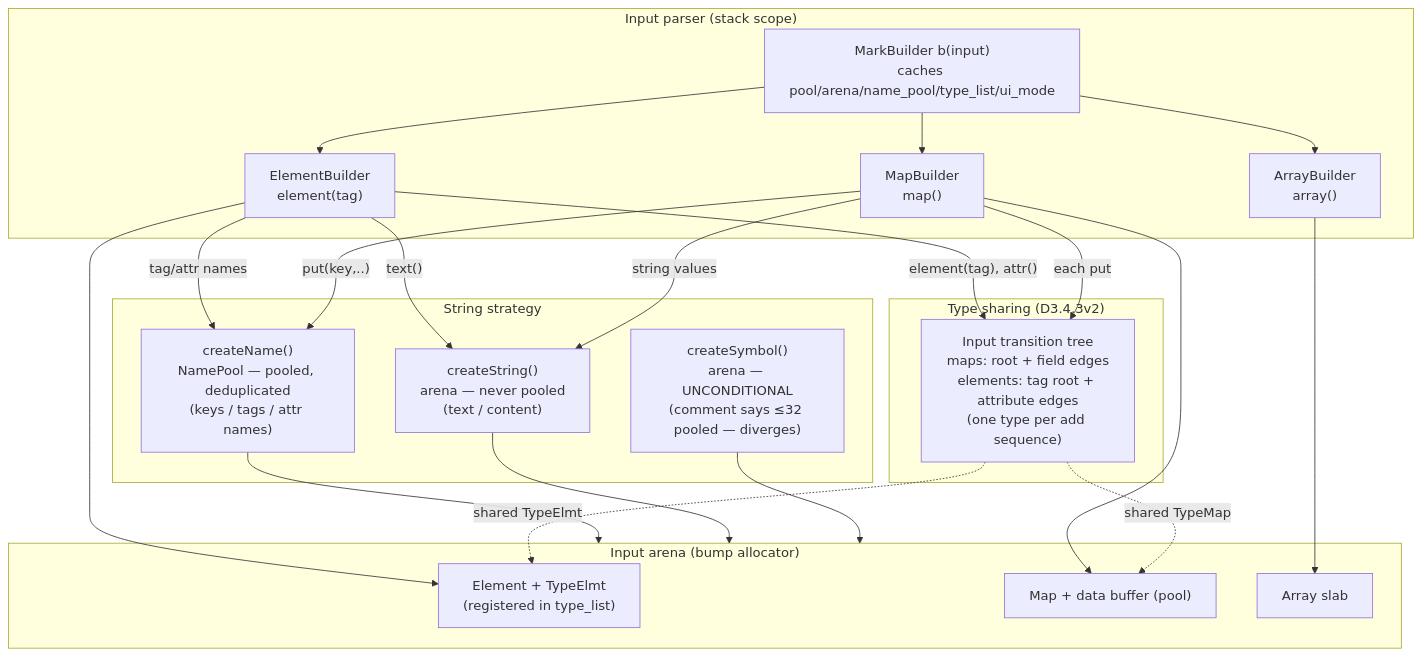
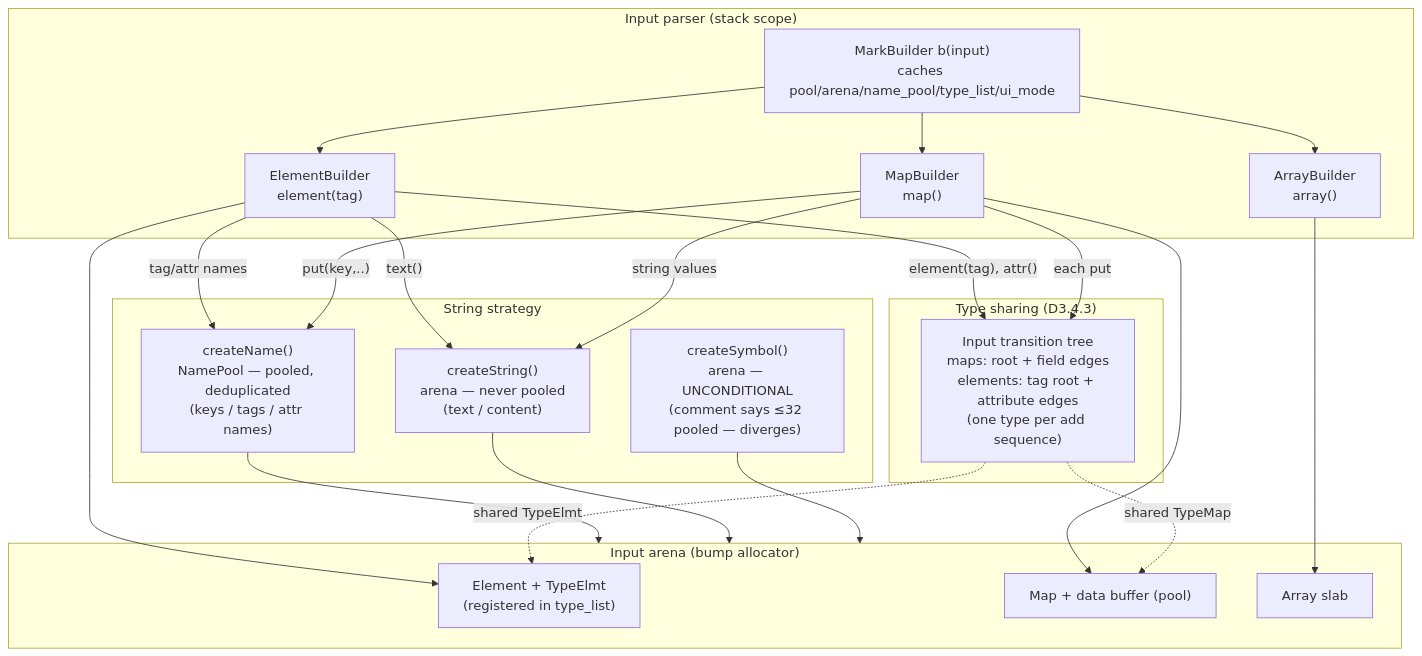
One commit to henry-luo/lambda changed the diagram in doc/dev/lambda/diagram/d11_mark_builder.mmd. Above: the diagram before and after it, drawn with Mermaid. The commit also changed 1872 other files, not shown here.

```diff
--- a/doc/dev/lambda/diagram/d11_mark_builder.mmd
+++ b/doc/dev/lambda/diagram/d11_mark_builder.mmd
@@ -1,40 +1,40 @@
 flowchart TB
     subgraph Parser["Input parser (stack scope)"]
         MB["MarkBuilder b(input)\ncaches pool/arena/name_pool/type_list/ui_mode"]
         EB["ElementBuilder\nelement(tag)"]
         MapB["MapBuilder\nmap()"]
         ArrB["ArrayBuilder\narray()"]
     end
 
     subgraph Strings["String strategy"]
         CN["createName()\nNamePool — pooled, deduplicated\n(keys / tags / attr names)"]
         CS["createString()\narena — never pooled\n(text / content)"]
         CY["createSymbol()\narena — UNCONDITIONAL\n(comment says ≤32 pooled — diverges)"]
     end
 
     subgraph Arena["Input arena (bump allocator)"]
         ELMT["Element + TypeElmt\n(registered in type_list)"]
         MAP["Map + data buffer (pool)"]
         ARR["Array slab"]
     end
 
-    subgraph Shapes["Type sharing (D3.4.3v2)"]
+    subgraph Shapes["Type sharing (D3.4.3)"]
         TT["Input transition tree\nmaps: root + field edges\nelements: tag root + attribute edges\n(one type per add sequence)"]
     end
 
     MB --> EB & MapB & ArrB
     EB -- "tag/attr names" --> CN
     EB -- "text()" --> CS
     EB --> ELMT
     MapB -- "put(key,..)" --> CN
     MapB --> MAP
     ArrB --> ARR
     MapB -- "string values" --> CS
     CN --> Arena
     CS --> Arena
     CY --> Arena
 
     EB -- "element(tag), attr()" --> TT
     MapB -- "each put" --> TT
     TT -. "shared TypeMap" .-> MAP
     TT -. "shared TypeElmt" .-> ELMT
```
